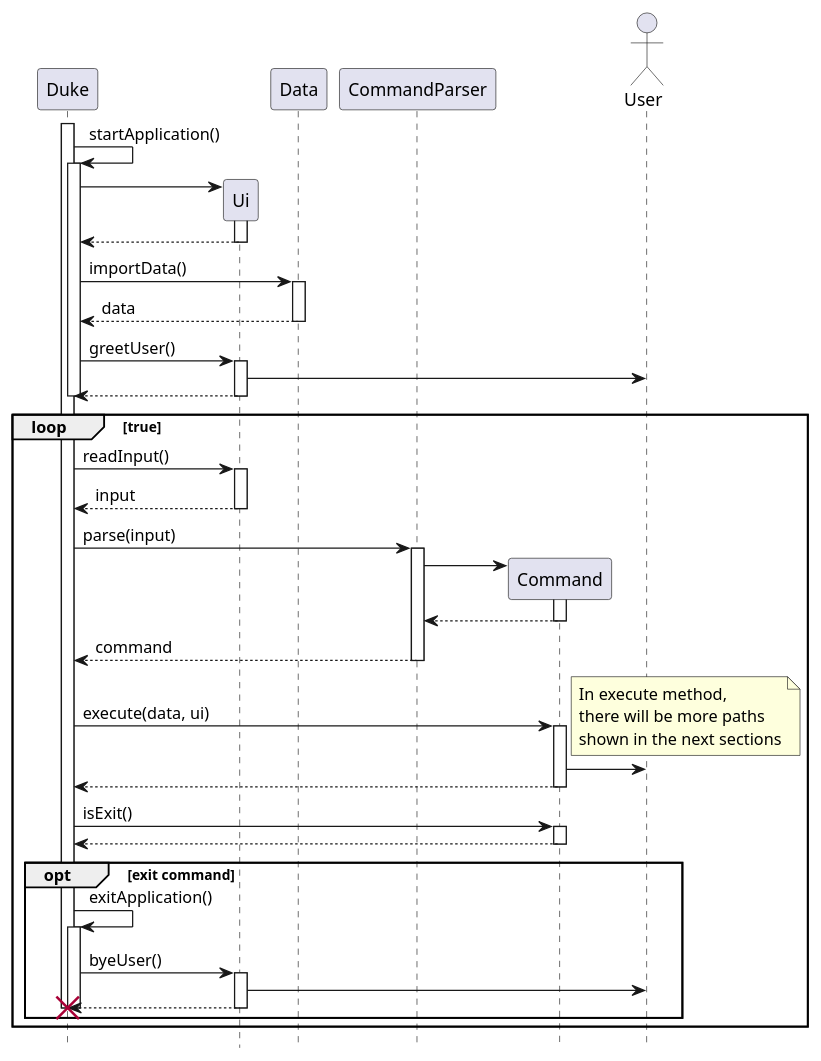
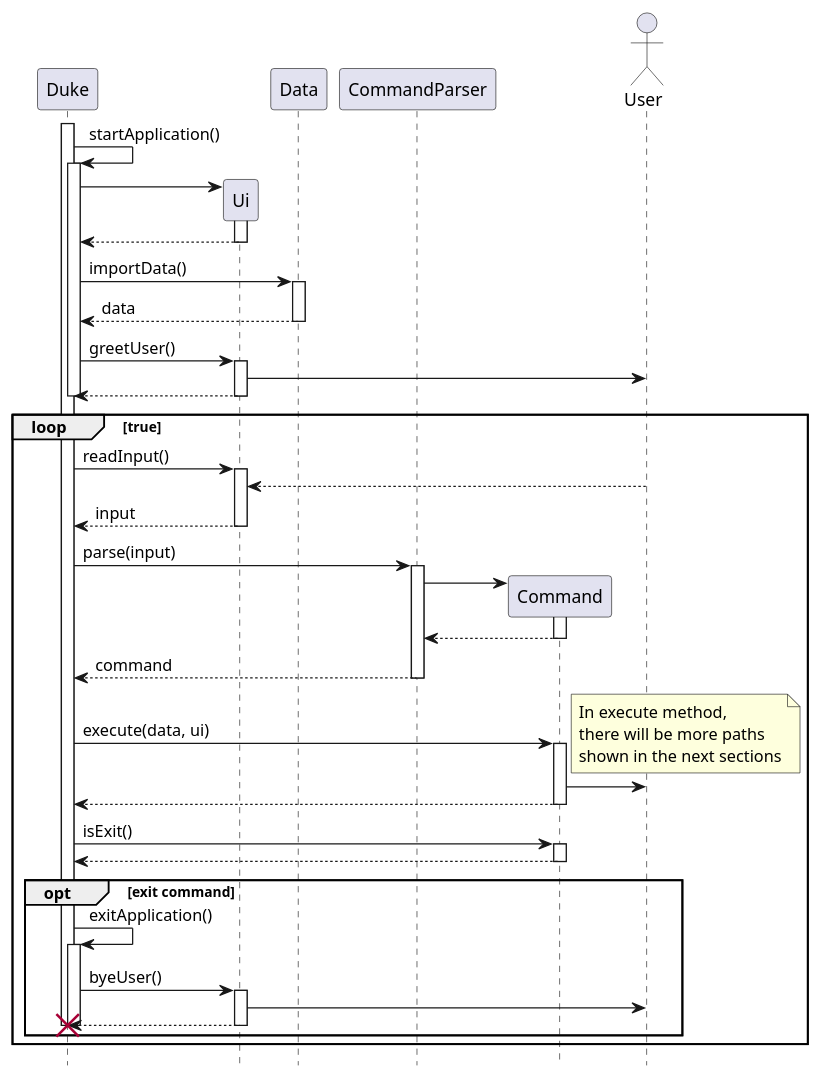
The diagram in docs/diagrams/MainSequence.puml (stephenkyang/tp), drawn with PlantUML before and after one commit. The commit also changed 1 other file, not shown here.

Commit message:
Update Main and Budget Sequence

```diff
--- a/docs/diagrams/MainSequence.puml
+++ b/docs/diagrams/MainSequence.puml
@@ -1,88 +1,89 @@
 @startuml
 hide footbox
 
 participant Duke
 participant Ui
 participant Data
 participant CommandParser
 participant Command
 actor User
 
 activate Duke
 
 Duke -> Duke: startApplication()
 activate Duke
 
 Duke -> Ui **
 activate Ui
 Ui --> Duke
 deactivate Ui
 
 Duke -> Data: importData()
 activate Data
 Data --> Duke: data
 deactivate Data
 
 Duke -> Ui: greetUser()
 activate Ui
 
 Ui -> User
 
 Ui --> Duke
 deactivate Ui
 
 deactivate Duke
 
 ' End of initialization
 
 loop true
 
 Duke -> Ui: readInput()
 activate Ui
+User --> Ui
 Ui --> Duke: input
 deactivate Ui
 
 Duke -> CommandParser: parse(input)
 activate CommandParser
 
 CommandParser -> Command **
 activate Command
 Command --> CommandParser
 deactivate Command
 CommandParser --> Duke: command
 deactivate CommandParser
 
 Duke -> Command: execute(data, ui)
 
 note right
 In execute method,
 there will be more paths
 shown in the next sections
 end note
 
 activate Command
 Command -> User
 Command --> Duke
 deactivate Command
 
 Duke -> Command: isExit()
 activate Command
 Command --> Duke
 deactivate Command
 
 opt exit command
 
 Duke -> Duke: exitApplication()
 activate Duke
 Duke -> Ui: byeUser()
 activate Ui
 
 Ui -> User
 
 Ui --> Duke !!
 deactivate Ui
 deactivate Duke
 
 end
 end
 @enduml
```
